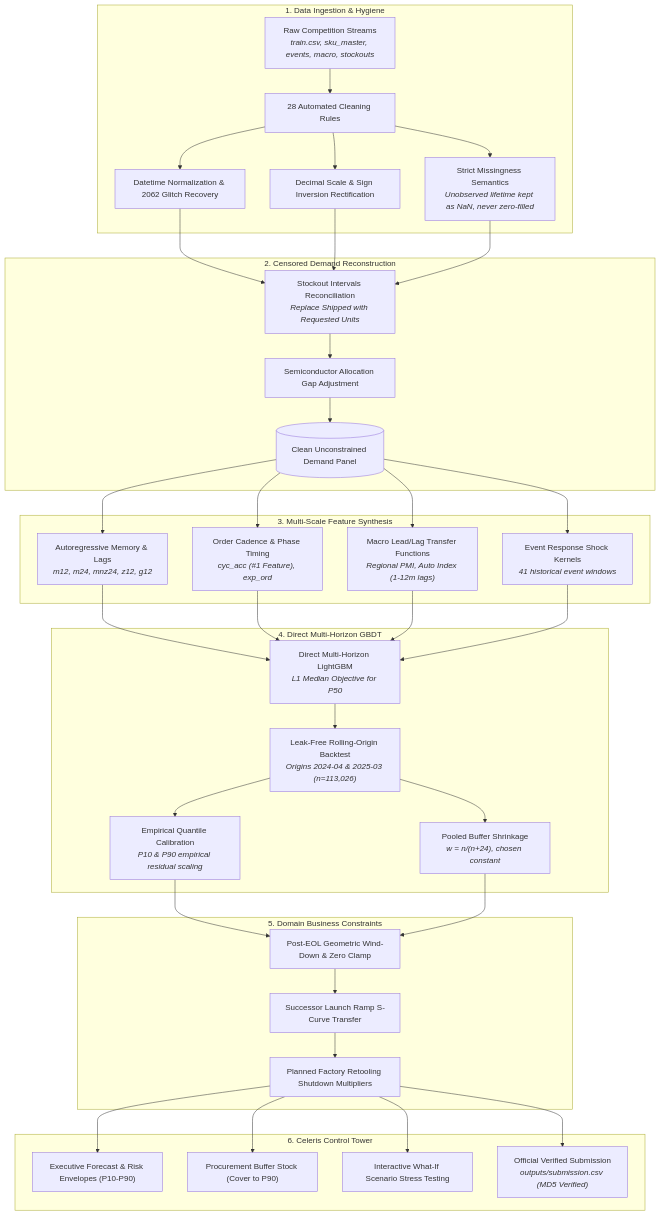
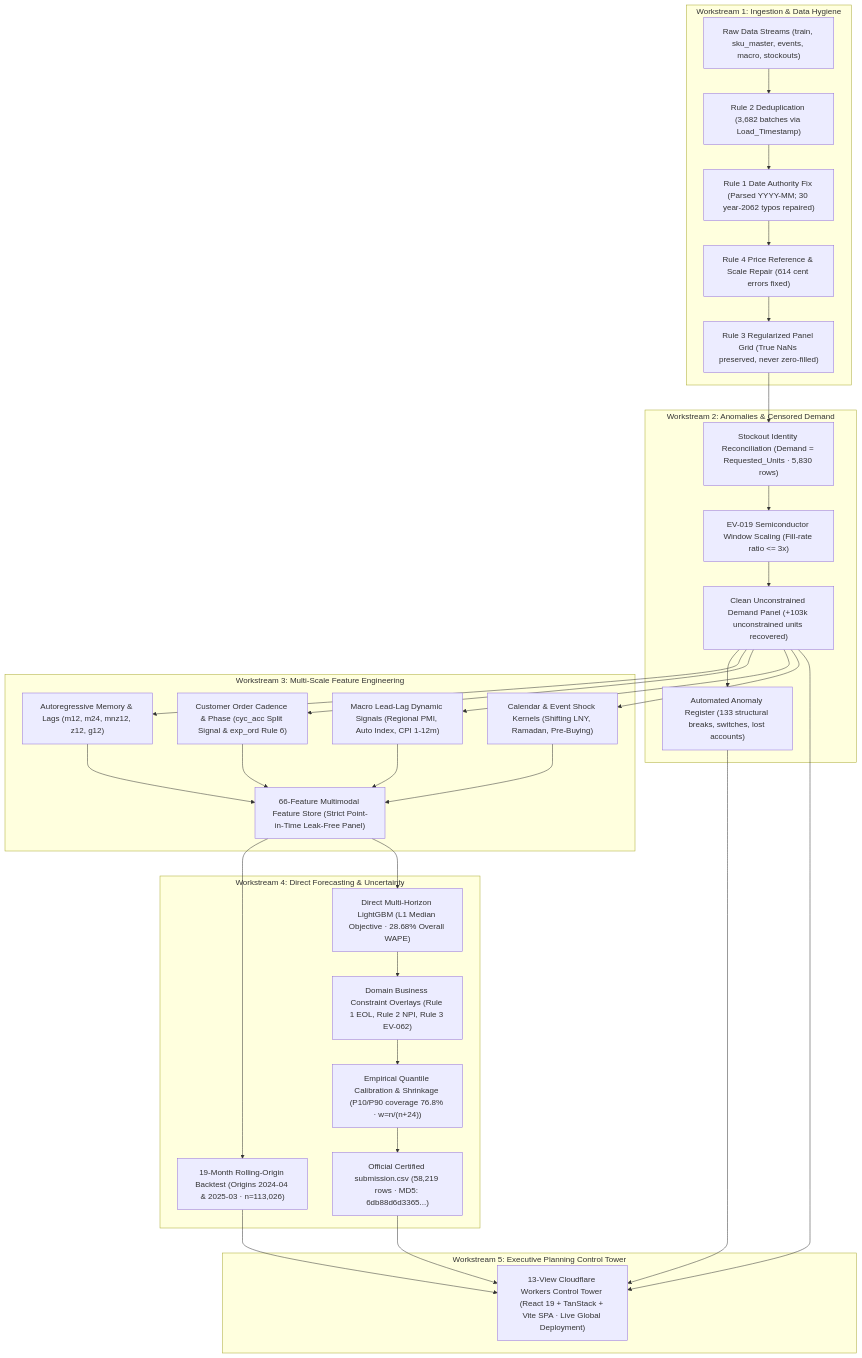
One commit to ankit-cybertron/Celeris changed the diagram in README.md. Above: the diagram before and after it, drawn with Mermaid. The commit also changed other lines of this file and 32 other files, not shown here.

````diff
--- a/README.md
+++ b/README.md
@@ -42,42 +95,36 @@
 ```mermaid
 flowchart TD
-    subgraph S1["1. Data Ingestion & Hygiene"]
-        R1["Raw Competition Streams<br/><i>train.csv, sku_master, events, macro, stockouts</i>"] --> C1["28 Automated Cleaning Rules"]
-        C1 --> C2["Datetime Normalization & 2062 Glitch Recovery"]
-        C1 --> C3["Decimal Scale & Sign Inversion Rectification"]
-        C1 --> C4["Strict Missingness Semantics<br/><i>Unobserved lifetime kept as NaN, never zero-filled</i>"]
+    subgraph S1["Workstream 1: Ingestion & Data Hygiene"]
+        A["Raw Data Streams (train, sku_master, events, macro, stockouts)"] --> B["Rule 2 Deduplication (3,682 batches via Load_Timestamp)"]
+        B --> C["Rule 1 Date Authority Fix (Parsed YYYY-MM; 30 year-2062 typos repaired)"]
+        C --> D["Rule 4 Price Reference & Scale Repair (614 cent errors fixed)"]
+        D --> E["Rule 3 Regularized Panel Grid (True NaNs preserved, never zero-filled)"]
     end
 
-    subgraph S2["2. Censored Demand Reconstruction"]
-        C2 & C3 & C4 --> U1["Stockout Intervals Reconciliation<br/><i>Replace Shipped with Requested Units</i>"]
-        U1 --> U2["Semiconductor Allocation Gap Adjustment"]
-        U2 --> D_PANEL[("Clean Unconstrained Demand Panel")]
+    subgraph S2["Workstream 2: Anomalies & Censored Demand"]
+        E --> F["Stockout Identity Reconciliation (Demand = Requested_Units · 5,830 rows)"]
+        F --> G["EV-019 Semiconductor Window Scaling (Fill-rate ratio <= 3x)"]
+        G --> H["Clean Unconstrained Demand Panel (+103k unconstrained units recovered)"]
+        H --> I["Automated Anomaly Register (133 structural breaks, switches, lost accounts)"]
     end
 
-    subgraph S3["3. Multi-Scale Feature Synthesis"]
-        D_PANEL --> F1["Autoregressive Memory & Lags<br/><i>m12, m24, mnz24, z12, g12</i>"]
-        D_PANEL --> F2["Order Cadence & Phase Timing<br/><i>cyc_acc (#1 Feature), exp_ord</i>"]
-        D_PANEL --> F3["Macro Lead/Lag Transfer Functions<br/><i>Regional PMI, Auto Index (1-12m lags)</i>"]
-        D_PANEL --> F4["Event Response Shock Kernels<br/><i>41 historical event windows</i>"]
+    subgraph S3["Workstream 3: Multi-Scale Feature Engineering"]
+        H --> J["Autoregressive Memory & Lags (m12, m24, mnz12, z12, g12)"]
+        H --> K["Customer Order Cadence & Phase (cyc_acc Split Signal & exp_ord Rule 6)"]
+        H --> L["Macro Lead-Lag Dynamic Signals (Regional PMI, Auto Index, CPI 1-12m)"]
+        H --> M["Calendar & Event Shock Kernels (Shifting LNY, Ramadan, Pre-Buying)"]
+        J & K & L & M --> N["66-Feature Multimodal Feature Store (Strict Point-in-Time Leak-Free Panel)"]
     end
 
-    subgraph S4["4. Direct Multi-Horizon GBDT"]
-        F1 & F2 & F3 & F4 --> M1["Direct Multi-Horizon LightGBM<br/><i>L1 Median Objective for P50</i>"]
-        M1 --> CV["Leak-Free Rolling-Origin Backtest<br/><i>Origins 2024-04 & 2025-03 (n=113,026)</i>"]
-        CV --> CALIB["Empirical Quantile Calibration<br/><i>P10 & P90 empirical residual scaling</i>"]
-        CV --> SHRINK["Pooled Buffer Shrinkage<br/><i>w = n/(n+24), chosen constant</i>"]
+    subgraph S4["Workstream 4: Direct Forecasting & Uncertainty"]
+        N --> O["19-Month Rolling-Origin Backtest (Origins 2024-04 & 2025-03 · n=113,026)"]
+        N --> P["Direct Multi-Horizon LightGBM (L1 Median Objective · 28.68% Overall WAPE)"]
+        P --> Q["Domain Business Constraint Overlays (Rule 1 EOL, Rule 2 NPI, Rule 3 EV-062)"]
+        Q --> R["Empirical Quantile Calibration & Shrinkage (P10/P90 coverage 76.8% · w=n/(n+24))"]
+        R --> S["Official Certified submission.csv (58,219 rows · MD5: 6db88d6d3365...)"]
     end
 
-    subgraph S5["5. Domain Business Constraints"]
-        CALIB & SHRINK --> B1["Post-EOL Geometric Wind-Down & Zero Clamp"]
-        B1 --> B2["Successor Launch Ramp S-Curve Transfer"]
-        B2 --> B3["Planned Factory Retooling Shutdown Multipliers"]
-    end
-
-    subgraph S6["6. Celeris Control Tower"]
-        B3 --> CT1["Executive Forecast & Risk Envelopes (P10-P90)"]
-        B3 --> CT2["Procurement Buffer Stock (Cover to P90)"]
-        B3 --> CT3["Interactive What-If Scenario Stress Testing"]
-        B3 --> SUBMIT["Official Verified Submission<br/><i>outputs/submission.csv (MD5 Verified)</i>"]
+    subgraph S5["Workstream 5: Executive Planning Control Tower"]
+        S & H & I & O --> T["13-View Cloudflare Workers Control Tower (React 19 + TanStack + Vite SPA · Live Global Deployment)"]
     end
 ```
````
